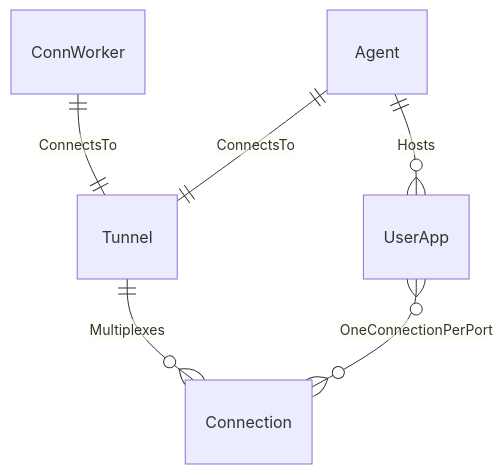
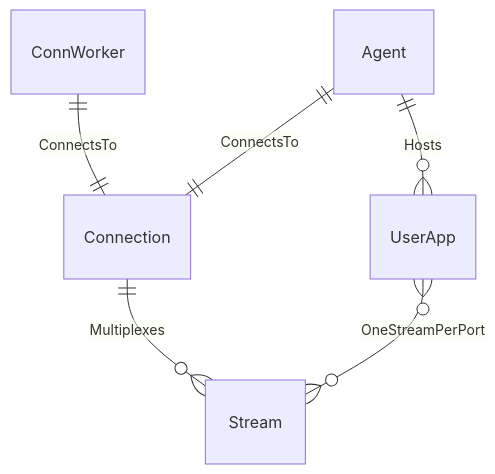
One commit to ambientlabscomputing/underleaf_v2 changed the second of 2 diagrams in cloud/conn_worker/README.md. Above: the diagram before and after it, drawn with Mermaid. The commit also changed 57 other files, not shown here.

First line of the commit message:
feat: Implement connection and stream management in the connection worker

````diff
--- a/cloud/conn_worker/README.md
+++ b/cloud/conn_worker/README.md
@@ -70,8 +70,8 @@
 ```mermaid
 erDiagram
-    ConnWorker ||--|| Tunnel: ConnectsTo
-    Tunnel ||--o{ Connection : Multiplexes
-    Agent ||--|| Tunnel: ConnectsTo
+    ConnWorker ||--|| Connection: ConnectsTo
+    Connection ||--o{ Stream : Multiplexes
+    Agent ||--|| Connection: ConnectsTo
     Agent ||--o{ UserApp: Hosts
-    UserApp }o--o{ Connection: OneConnectionPerPort
+    UserApp }o--o{ Stream: OneStreamPerPort
 ```
````
